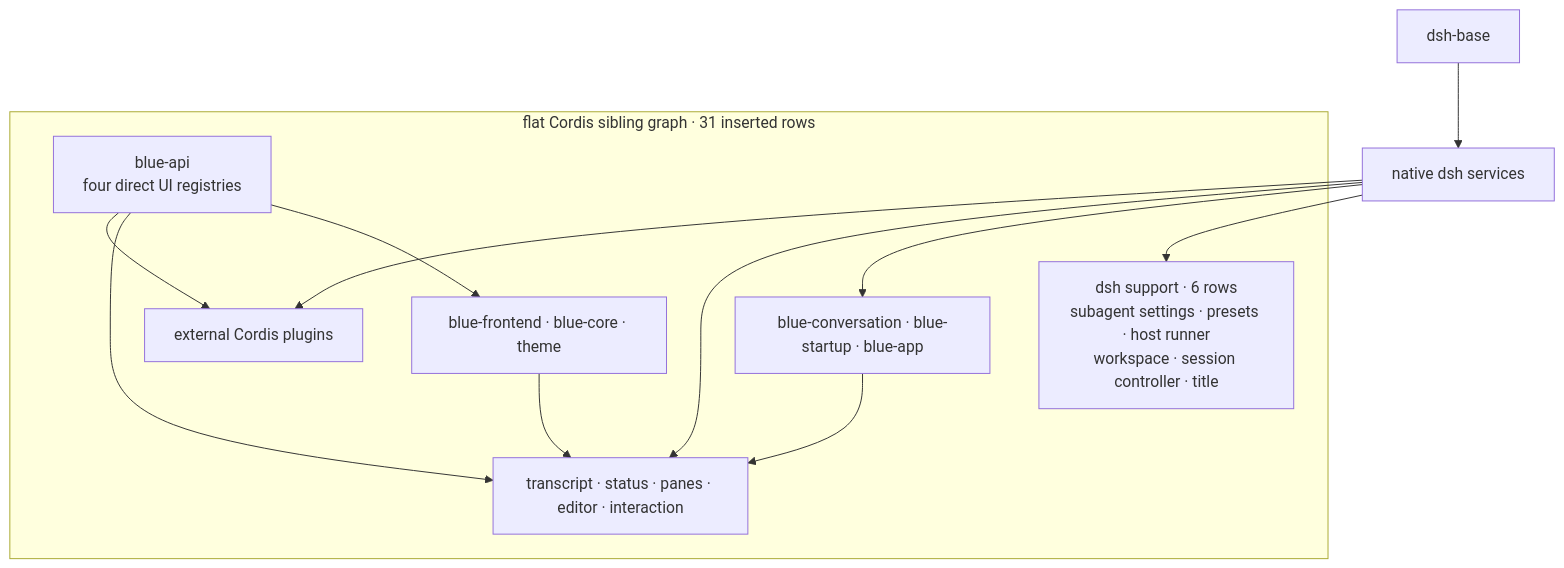
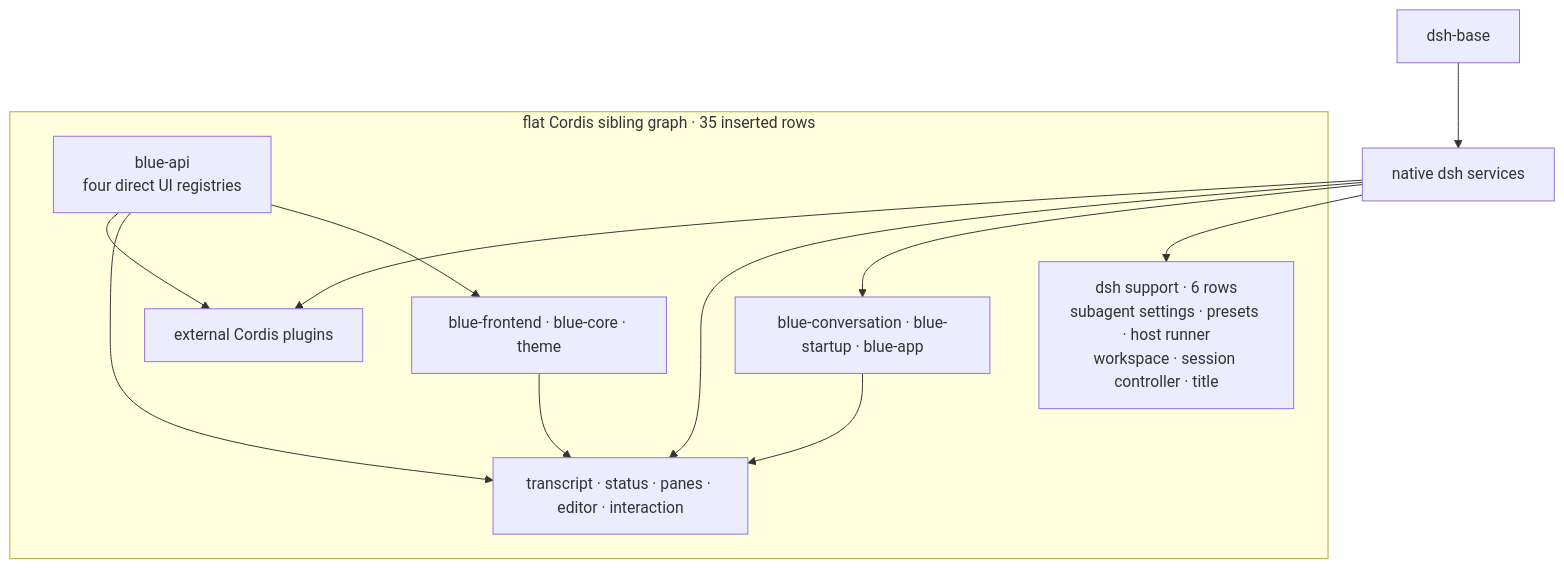
The diagram in docs/diagrams/blue-composition.mmd (dsh-blue/blue), drawn with Mermaid before and after one commit. The commit also changed 42 other files, not shown here.

```diff
--- a/docs/diagrams/blue-composition.mmd
+++ b/docs/diagrams/blue-composition.mmd
@@ -1,22 +1,22 @@
 flowchart TB
     BASE["dsh-base"]
-    subgraph GRAPH["flat Cordis sibling graph · 31 inserted rows"]
+    subgraph GRAPH["flat Cordis sibling graph · 35 inserted rows"]
         SUPPORT["dsh support · 6 rows<br/>subagent settings · presets · host runner<br/>workspace · session controller · title"]
         API["blue-api<br/>four direct UI registries"]
         APP["blue-conversation · blue-startup · blue-app"]
         VIEW["blue-frontend · blue-core · theme"]
         PRODUCT["transcript · status · panes · editor · interaction"]
         PLUGINS["external Cordis plugins"]
     end
     NATIVE["native dsh services"]
 
     BASE --> NATIVE
     NATIVE --> SUPPORT
     NATIVE --> APP
     NATIVE --> PRODUCT
     NATIVE --> PLUGINS
     API --> VIEW
     API --> PRODUCT
     API --> PLUGINS
     APP --> PRODUCT
     VIEW --> PRODUCT
```
